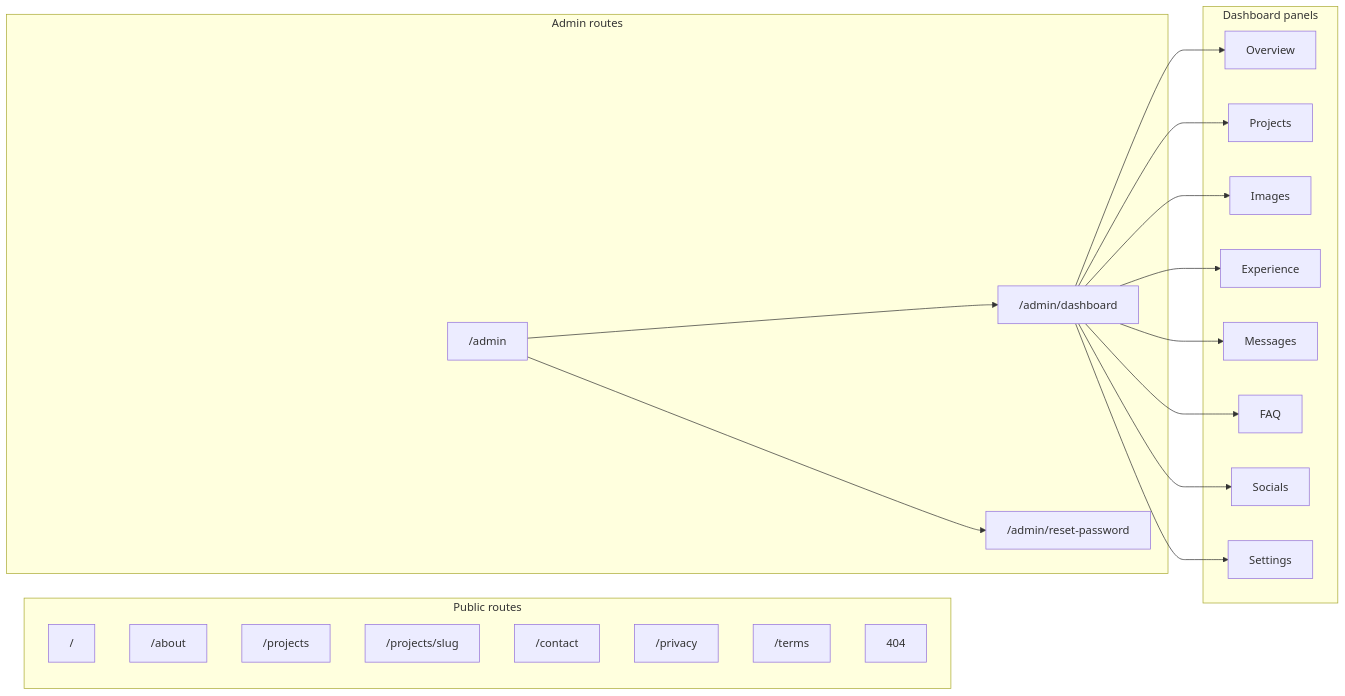
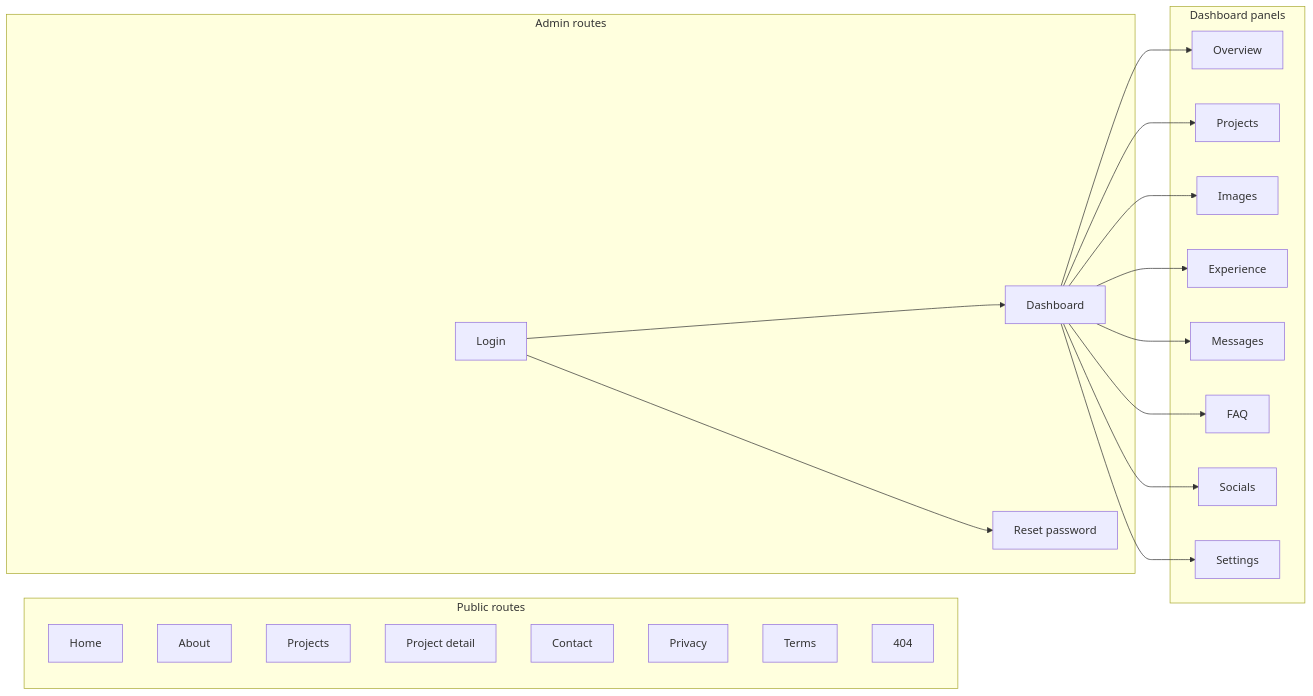
The second of 15 diagrams in README.md (mawlid1431/Portfolio), drawn with Mermaid before and after one commit. The commit also changed other lines of this file, not shown here.

````diff
--- a/README.md
+++ b/README.md
@@ -158,34 +170,41 @@
 ```mermaid
 flowchart LR
   subgraph Public["Public routes"]
-    H["/"]
-    A["/about"]
-    P["/projects"]
-    PS["/projects/slug"]
-    C["/contact"]
-    PR["/privacy"]
-    T["/terms"]
+    H["Home"]
+    Ab["About"]
+    P["Projects"]
+    PS["Project detail"]
+    C["Contact"]
+    PR["Privacy"]
+    T["Terms"]
     NF["404"]
   end
 
-  subgraph Admin["Admin routes"]
-    AL["/admin"]
-    AD["/admin/dashboard"]
-    AR["/admin/reset-password"]
+  subgraph AdminRoutes["Admin routes"]
+    AL["Login"]
+    AD["Dashboard"]
+    AR["Reset password"]
   end
 
   subgraph CMS["Dashboard panels"]
     O["Overview"]
     PJ["Projects"]
     IM["Images"]
     EX["Experience"]
     MG["Messages"]
     FQ["FAQ"]
     SO["Socials"]
     ST["Settings"]
   end
 
-  AD --> O & PJ & IM & EX & MG & FQ & SO & ST
+  AD --> O
+  AD --> PJ
+  AD --> IM
+  AD --> EX
+  AD --> MG
+  AD --> FQ
+  AD --> SO
+  AD --> ST
   AL --> AD
   AL --> AR
 ```
````
